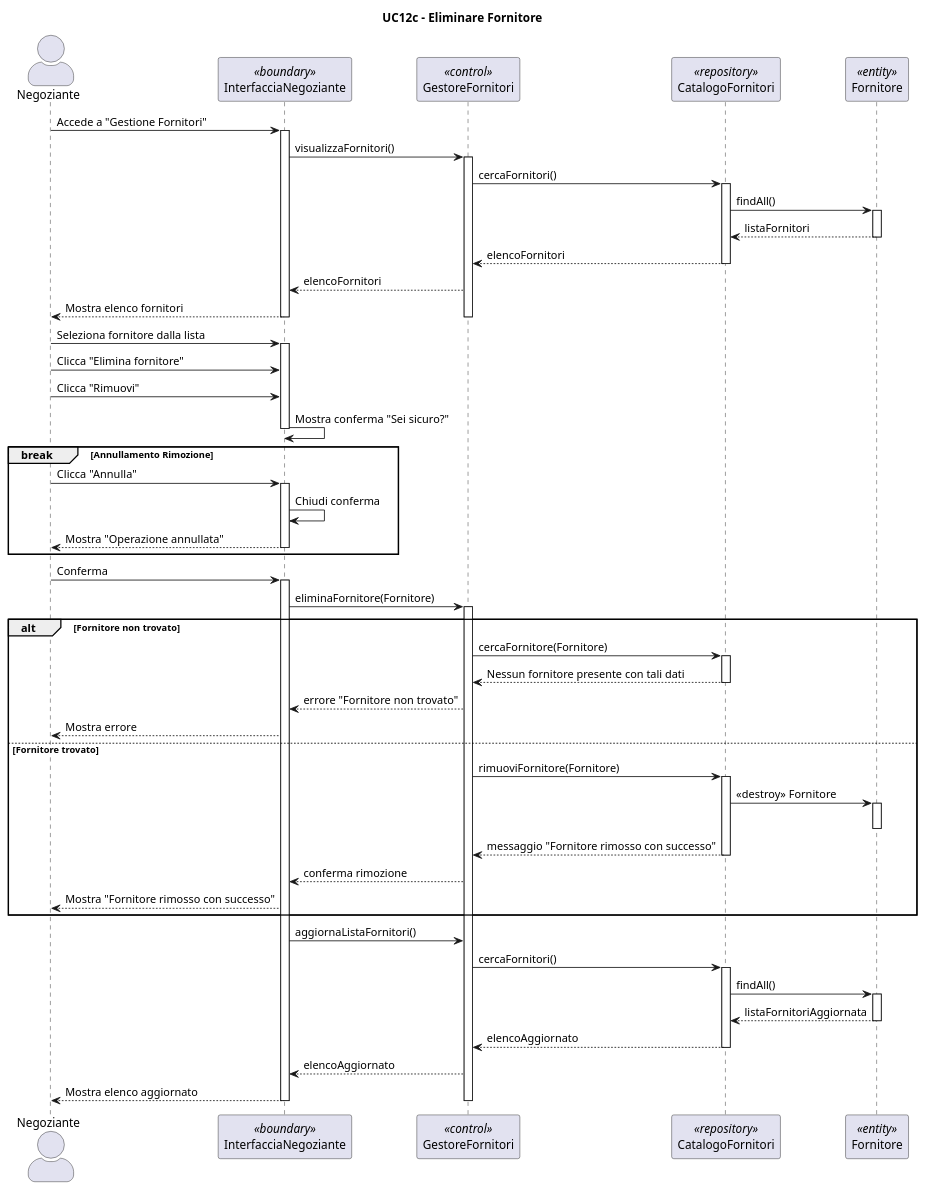
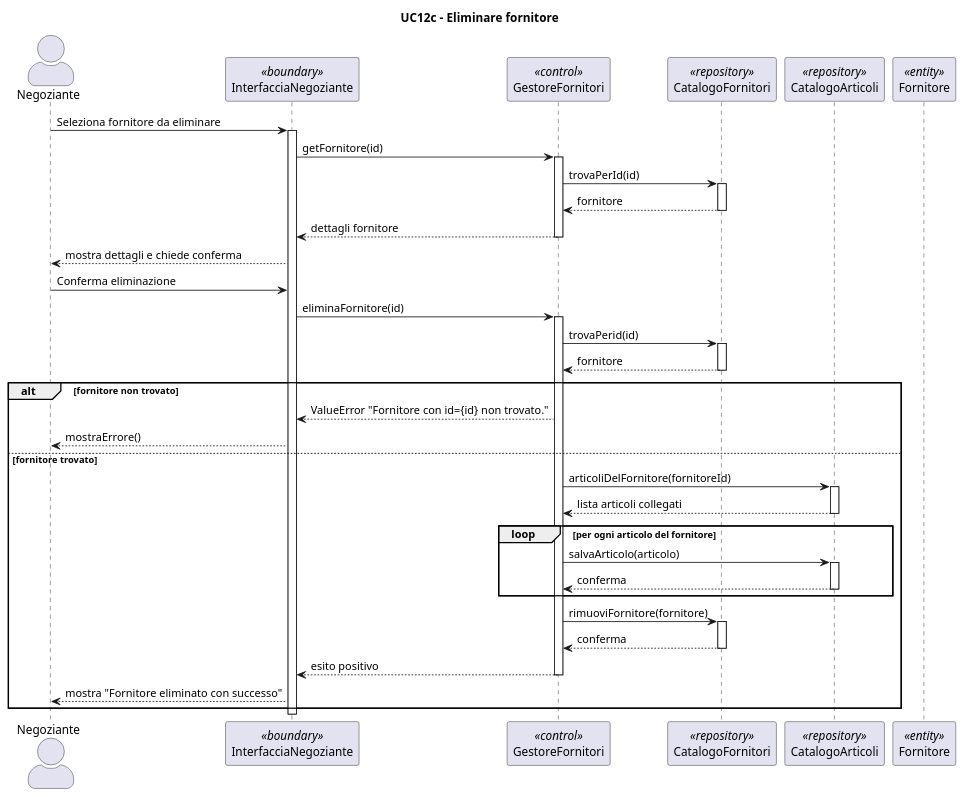
The diagram in diagrammiUML/diagrammi di sequenza/UC12c_Eliminare_Fornitore.puml (Samepsilon/FloWare), drawn with PlantUML before and after one commit. The commit also changed 19 other files, not shown here.

Commit message:
fine diagrammi di sequenza

```diff
--- a/diagrammiUML/diagrammi di sequenza/UC12c_Eliminare_Fornitore.puml
+++ b/diagrammiUML/diagrammi di sequenza/UC12c_Eliminare_Fornitore.puml
@@ -1,82 +1,60 @@
 @startuml
-title UC12c - Eliminare Fornitore
+title UC12c - Eliminare fornitore
 skinparam actorStyle awesome
 
 actor "Negoziante" as N
 participant "InterfacciaNegoziante" as IN <<boundary>>
-participant "GestoreFornitori" as G <<control>>
+participant "GestoreFornitori" as GF <<control>>
 participant "CatalogoFornitori" as CF <<repository>>
+participant "CatalogoArticoli" as CA <<repository>>
 participant "Fornitore" as F <<entity>>
 
-N -> IN: Accede a "Gestione Fornitori"
+N -> IN: Seleziona fornitore da eliminare
 activate IN
-IN -> G: visualizzaFornitori()
-activate G
-G -> CF: cercaFornitori()
+IN -> GF: getFornitore(id)
+activate GF
+GF -> CF: trovaPerId(id)
 activate CF
-CF -> F: findAll()
-activate F
-F --> CF: listaFornitori
-deactivate F
-CF --> G: elencoFornitori
+CF --> GF: fornitore
 deactivate CF
-G --> IN: elencoFornitori
-IN --> N: Mostra elenco fornitori
-deactivate G
-deactivate IN
+GF --> IN: dettagli fornitore
+deactivate GF
+IN --> N: mostra dettagli e chiede conferma
 
-N -> IN: Seleziona fornitore dalla lista
-activate IN
-N -> IN: Clicca "Elimina fornitore"
-N -> IN: Clicca "Rimuovi"
-IN -> IN: Mostra conferma "Sei sicuro?"
-deactivate IN
+N -> IN: Conferma eliminazione
+IN -> GF: eliminaFornitore(id)
+activate GF
 
-break Annullamento Rimozione
-    N -> IN: Clicca "Annulla"
-    activate IN
-    IN -> IN: Chiudi conferma
-    IN --> N: Mostra "Operazione annullata"
-    deactivate IN
+GF -> CF: trovaPerid(id)
+activate CF
+CF --> GF: fornitore
+deactivate CF
+
+alt fornitore non trovato
+    GF --> IN: ValueError "Fornitore con id={id} non trovato."
+    IN --> N: mostraErrore()
+else fornitore trovato
+    GF -> CA: articoliDelFornitore(fornitoreId)
+    activate CA
+    CA --> GF: lista articoli collegati
+    deactivate CA
+
+    loop per ogni articolo del fornitore
+        GF -> CA: salvaArticolo(articolo)
+        activate CA
+        CA --> GF: conferma
+        deactivate CA
+    end
+
+    GF -> CF: rimuoviFornitore(fornitore)
+    activate CF
+    CF --> GF: conferma
+    deactivate CF
+
+    GF --> IN: esito positivo
+    deactivate GF
+    IN --> N: mostra "Fornitore eliminato con successo"
 end
 
-N -> IN: Conferma
-activate IN
-IN -> G: eliminaFornitore(Fornitore)
-activate G
-
-alt Fornitore non trovato
-    G -> CF: cercaFornitore(Fornitore)
-    activate CF
-    CF --> G: Nessun fornitore presente con tali dati
-    deactivate CF
-    G --> IN: errore "Fornitore non trovato"
-    IN --> N: Mostra errore
-    
-else Fornitore trovato
-    G -> CF: rimuoviFornitore(Fornitore)
-    activate CF
-    CF -> F: <<destroy>> Fornitore
-    activate F
-    deactivate F
-    CF --> G: messaggio "Fornitore rimosso con successo"
-    deactivate CF
-    G --> IN: conferma rimozione
-    IN --> N: Mostra "Fornitore rimosso con successo"
-end
-
-IN -> G: aggiornaListaFornitori()
-G -> CF: cercaFornitori()
-activate CF
-CF -> F: findAll()
-activate F
-F --> CF: listaFornitoriAggiornata
-deactivate F
-CF --> G: elencoAggiornato
-deactivate CF
-G --> IN: elencoAggiornato
-IN --> N: Mostra elenco aggiornato
-
-deactivate G
 deactivate IN
 @enduml
```
